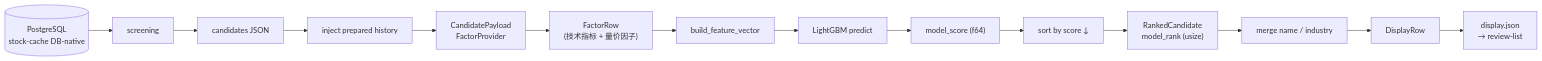
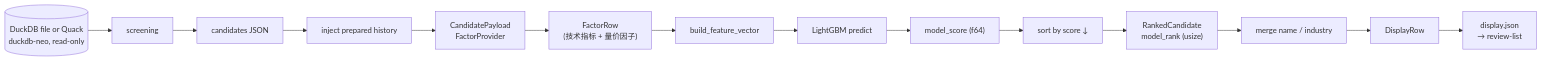
The fourth of 5 diagrams in docs/architecture.md (T0n0T/stock-select), drawn with Mermaid before and after one commit. The commit also changed other lines of this file and 103 other files, not shown here.

````diff
--- a/docs/architecture.md
+++ b/docs/architecture.md
@@ -294,20 +267,20 @@
 ```mermaid
 flowchart LR
-    PG[("PostgreSQL<br/>stock-cache DB-native")] --> SC["screening"]
+    DB[("DuckDB file or Quack<br/>duckdb-neo, read-only")] --> SC["screening"]
     SC --> CJ["candidates JSON"]
 
     CJ --> CPI["inject prepared history"]
     CPI --> FP["CandidatePayload<br/>FactorProvider"]
     FP --> FR["FactorRow<br/>(技术指标 + 量价因子)"]
 
     FR --> BF["build_feature_vector"]
     BF --> LGB["LightGBM predict"]
     LGB --> MS["model_score (f64)"]
 
     MS --> SORT["sort by score ↓"]
     SORT --> RC["RankedCandidate<br/>model_rank (usize)"]
 
     RC --> MERGE["merge name / industry"]
     MERGE --> DR["DisplayRow"]
     DR --> RL["display.json<br/>→ review-list"]
 ```
````
